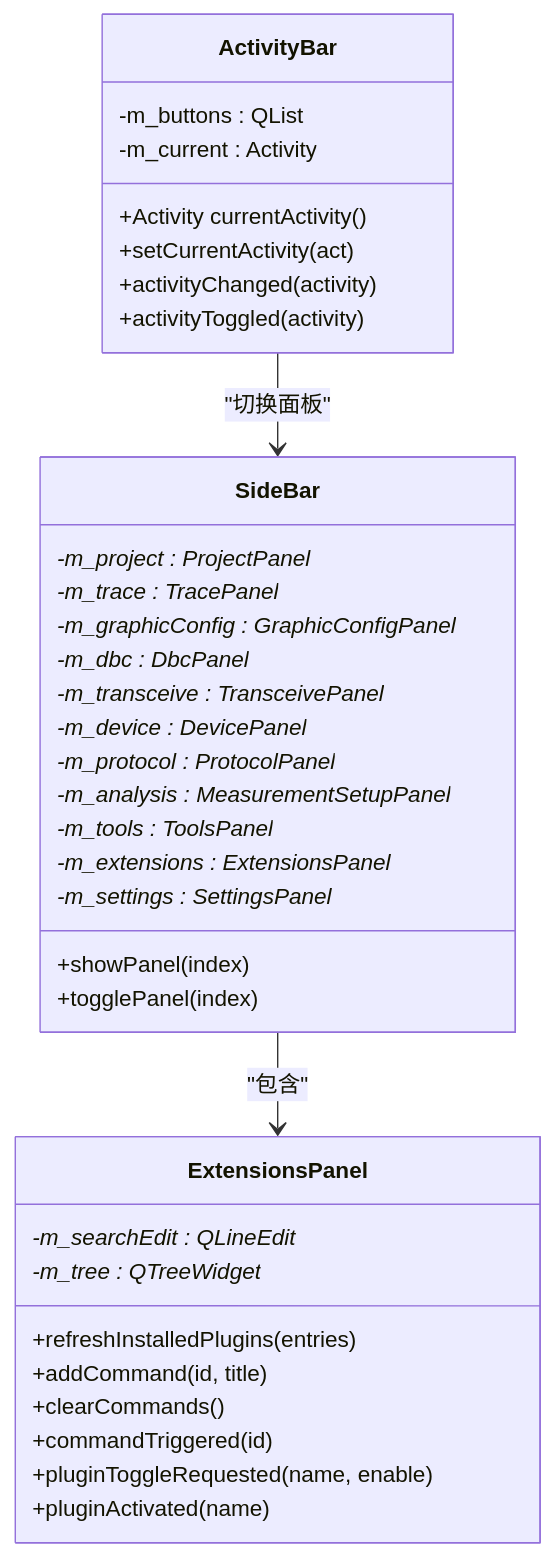
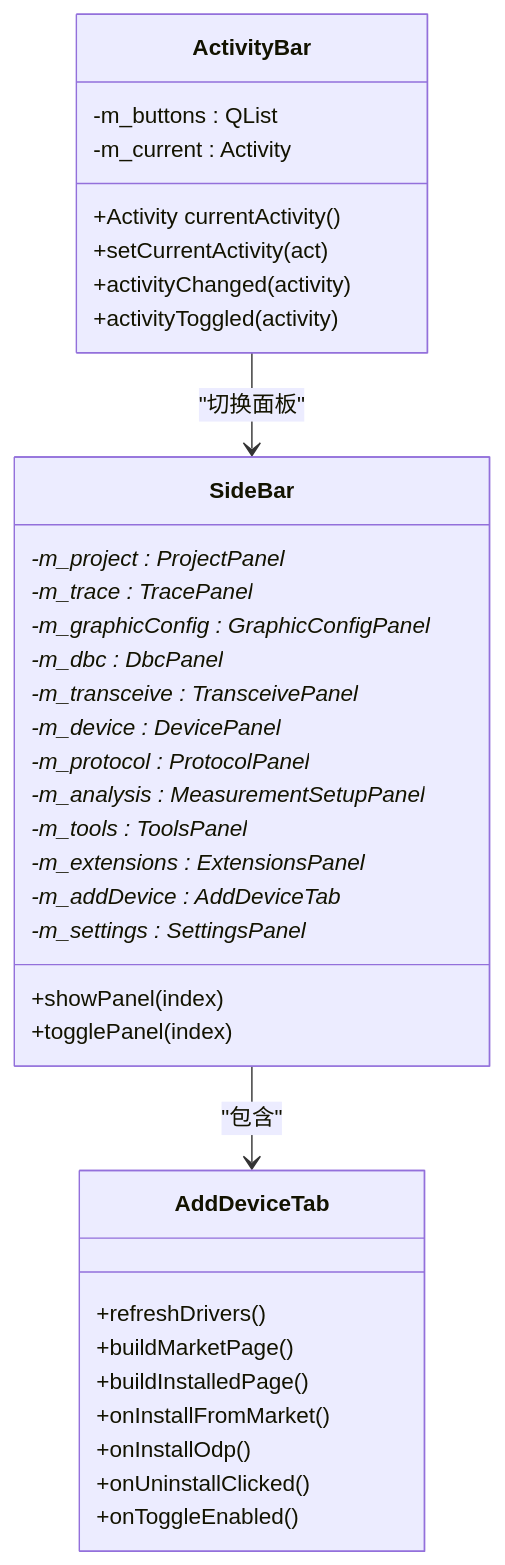
Before and after one commit to jakecai1225-design/OpenBus: the third of 13 diagrams in .qoder/repowiki/zh/content/架构设计/插件系统架构/扩展面板系统.md, drawn with Mermaid. The commit also changed other lines of this file and 40 other files, not shown here.

````diff
--- a/.qoder/repowiki/zh/content/架构设计/插件系统架构/扩展面板系统.md
+++ b/.qoder/repowiki/zh/content/架构设计/插件系统架构/扩展面板系统.md
@@ -168,38 +193,38 @@
 ```mermaid
 classDiagram
 class ActivityBar {
 +Activity currentActivity()
 +setCurrentActivity(act)
 -m_buttons : QList<BtnInfo>
 -m_current : Activity
 +activityChanged(activity)
 +activityToggled(activity)
 }
 class SideBar {
 +showPanel(index)
 +togglePanel(index)
 -m_project : ProjectPanel*
 -m_trace : TracePanel*
 -m_graphicConfig : GraphicConfigPanel*
 -m_dbc : DbcPanel*
 -m_transceive : TransceivePanel*
 -m_device : DevicePanel*
 -m_protocol : ProtocolPanel*
 -m_analysis : MeasurementSetupPanel*
 -m_tools : ToolsPanel*
 -m_extensions : ExtensionsPanel*
+-m_addDevice : AddDeviceTab*
 -m_settings : SettingsPanel*
 }
-class ExtensionsPanel {
-+refreshInstalledPlugins(entries)
-+addCommand(id, title)
-+clearCommands()
--m_searchEdit : QLineEdit*
--m_tree : QTreeWidget*
-+commandTriggered(id)
-+pluginToggleRequested(name, enable)
-+pluginActivated(name)
+class AddDeviceTab {
++refreshDrivers()
++buildMarketPage()
++buildInstalledPage()
++onInstallFromMarket()
++onInstallOdp()
++onUninstallClicked()
++onToggleEnabled()
 }
 ActivityBar --> SideBar : "切换面板"
-SideBar --> ExtensionsPanel : "包含"
+SideBar --> AddDeviceTab : "包含"
 ```
````
